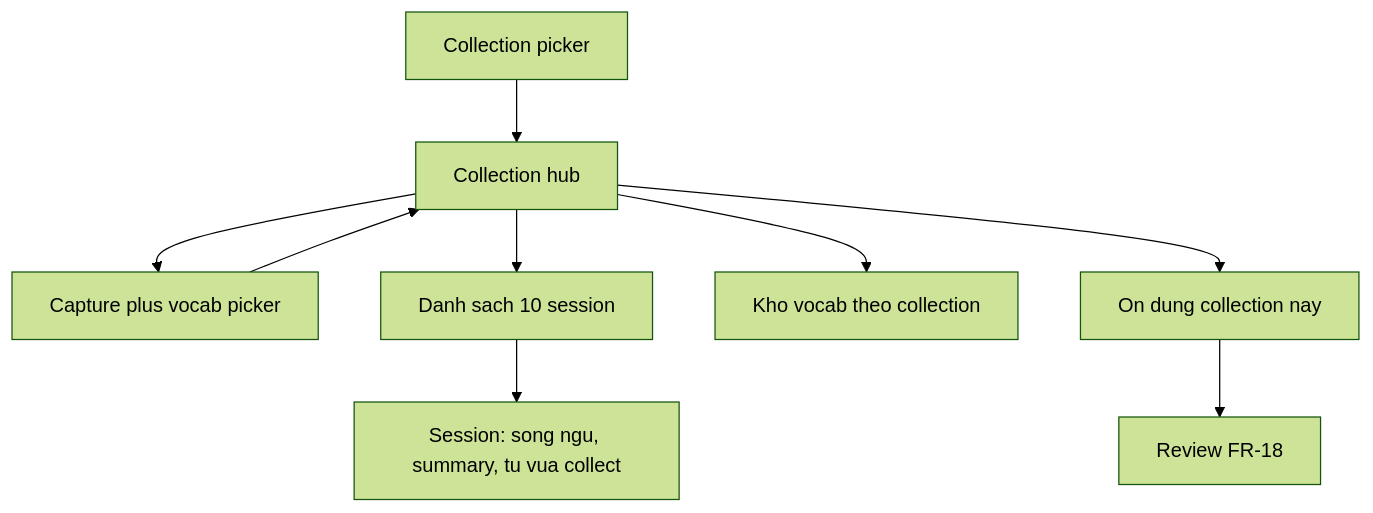
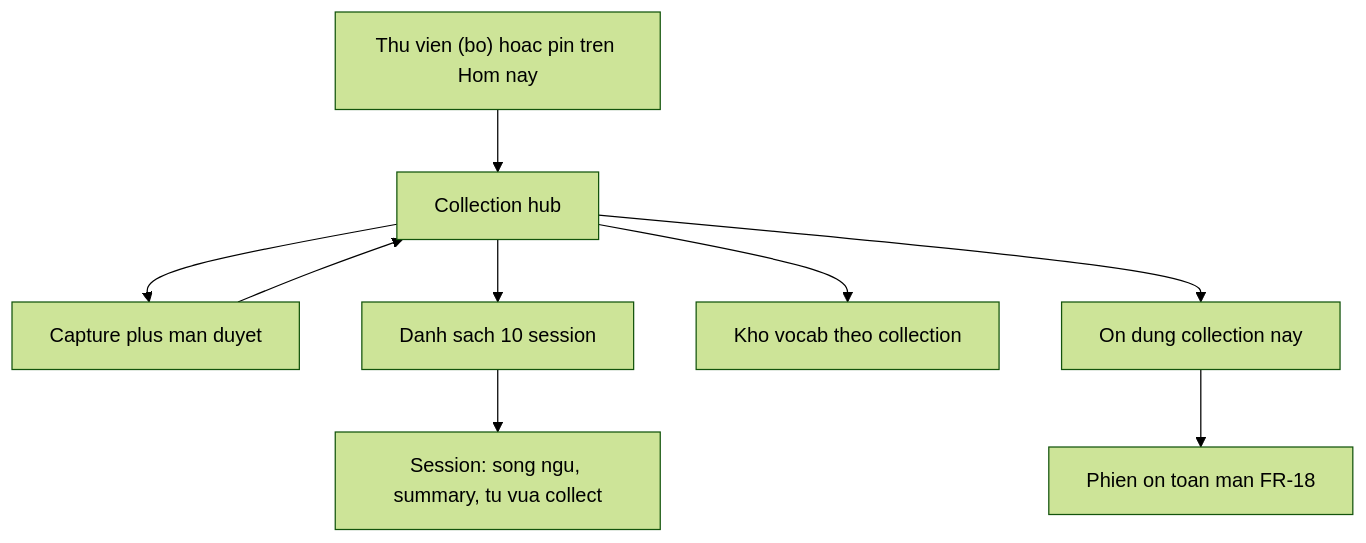
The third of 3 diagrams in docs/specs/journeys.md (venkyvn/reado), drawn with Mermaid (forest theme) before and after one commit. The commit also changed other lines of this file and 7 other files, not shown here.

````diff
--- a/docs/specs/journeys.md
+++ b/docs/specs/journeys.md
@@ -160,13 +171,13 @@
 ```mermaid
 flowchart TD
-  picker[Collection picker]
+  entry["Thu vien (bo) hoac pin tren Hom nay"]
   hub[Collection hub]
-  picker --> hub
-  hub --> capture[Capture plus vocab picker]
+  entry --> hub
+  hub --> capture[Capture plus man duyet]
   hub --> list[Danh sach 10 session]
   hub --> colVocab[Kho vocab theo collection]
   hub --> scopedReview[On dung collection nay]
   list --> detail[Session: song ngu, summary, tu vua collect]
   capture --> hub
-  scopedReview --> review[Review FR-18]
+  scopedReview --> review[Phien on toan man FR-18]
 ```
````
